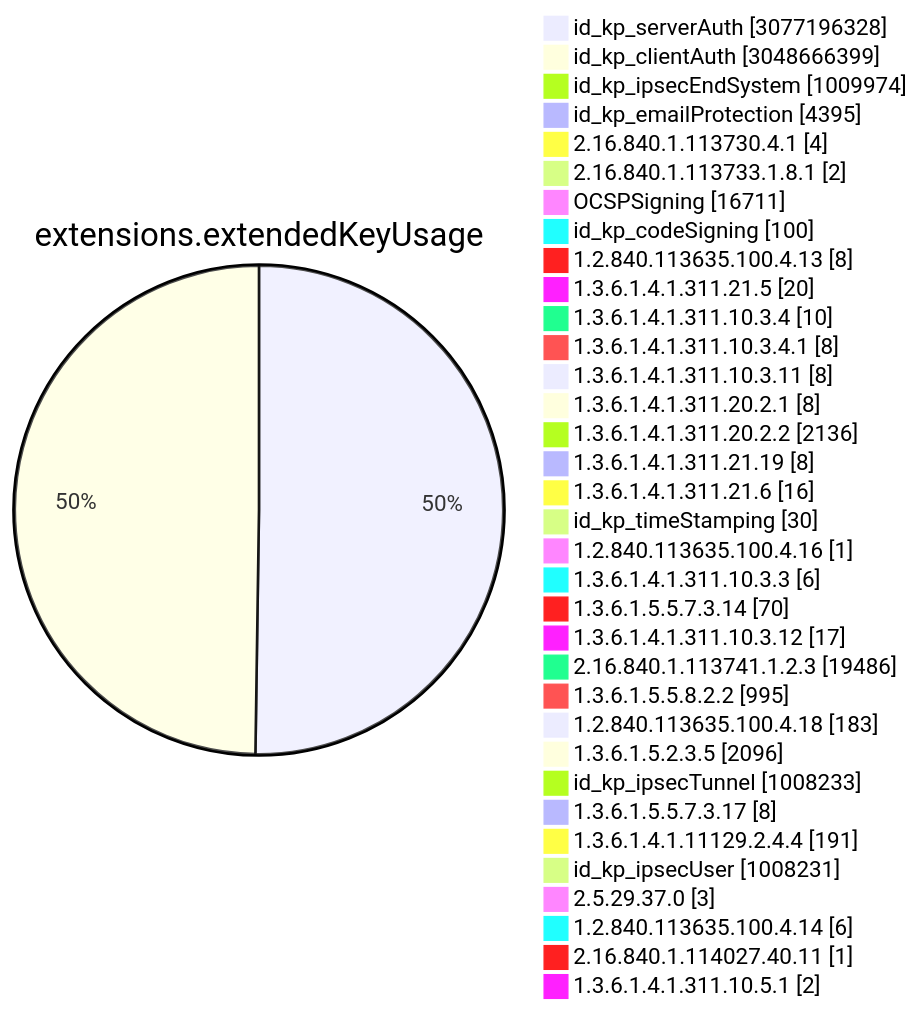
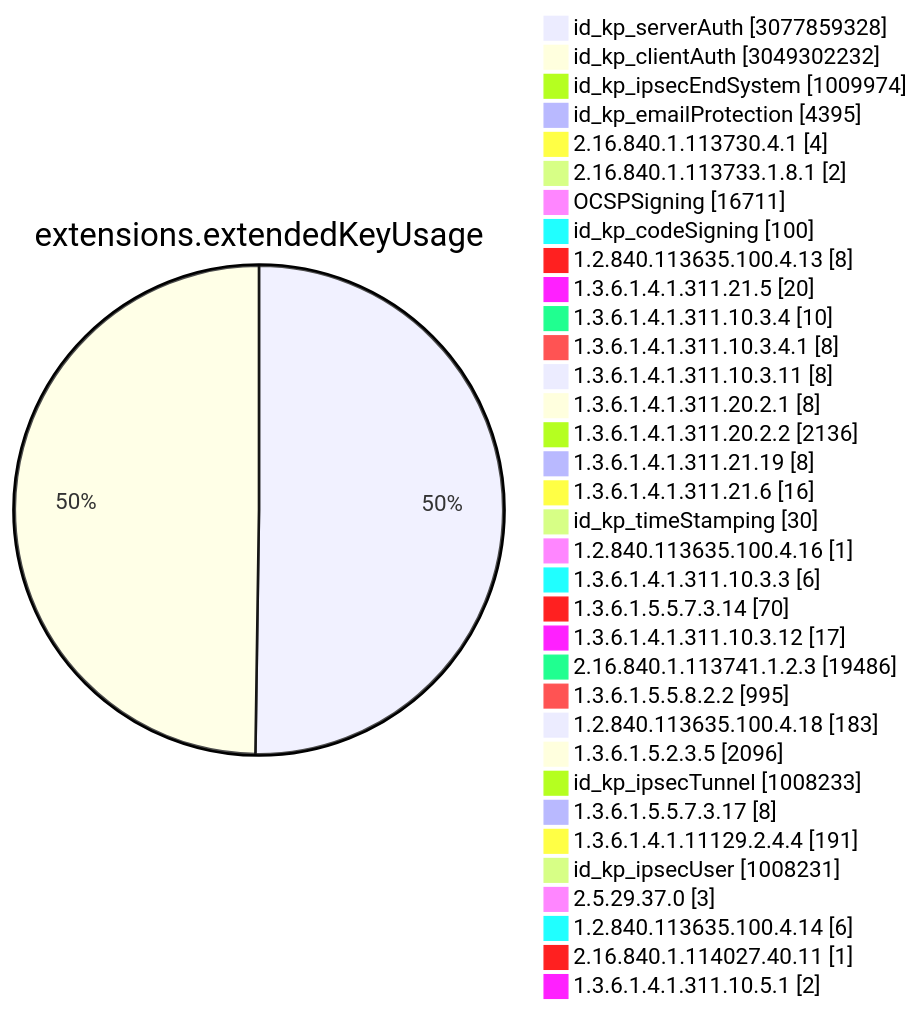
One commit to christiankrug/ctmonitor_visualization changed diagram 11 of 15 in TOTAL/README.md. Above: the diagram before and after it, drawn with Mermaid. The commit also changed other lines of this file, not shown here.

````diff
--- a/TOTAL/README.md
+++ b/TOTAL/README.md
@@ -4119,38 +4119,38 @@
 ```mermaid
 pie showData
 title extensions.extendedKeyUsage
-"id_kp_serverAuth" :3077196328
-"id_kp_clientAuth" :3048666399
+"id_kp_serverAuth" :3077859328
+"id_kp_clientAuth" :3049302232
 "id_kp_ipsecEndSystem" :1009974
 "id_kp_emailProtection" :4395
 "2.16.840.1.113730.4.1" :4
 "2.16.840.1.113733.1.8.1" :2
 "OCSPSigning" :16711
 "id_kp_codeSigning" :100
 "1.2.840.113635.100.4.13" :8
 "1.3.6.1.4.1.311.21.5" :20
 "1.3.6.1.4.1.311.10.3.4" :10
 "1.3.6.1.4.1.311.10.3.4.1" :8
 "1.3.6.1.4.1.311.10.3.11" :8
 "1.3.6.1.4.1.311.20.2.1" :8
 "1.3.6.1.4.1.311.20.2.2" :2136
 "1.3.6.1.4.1.311.21.19" :8
 "1.3.6.1.4.1.311.21.6" :16
 "id_kp_timeStamping" :30
 "1.2.840.113635.100.4.16" :1
 "1.3.6.1.4.1.311.10.3.3" :6
 "1.3.6.1.5.5.7.3.14" :70
 "1.3.6.1.4.1.311.10.3.12" :17
 "2.16.840.1.113741.1.2.3" :19486
 "1.3.6.1.5.5.8.2.2" :995
 "1.2.840.113635.100.4.18" :183
 "1.3.6.1.5.2.3.5" :2096
 "id_kp_ipsecTunnel" :1008233
 "1.3.6.1.5.5.7.3.17" :8
 "1.3.6.1.4.1.11129.2.4.4" :191
 "id_kp_ipsecUser" :1008231
 "2.5.29.37.0" :3
 "1.2.840.113635.100.4.14" :6
 "2.16.840.1.114027.40.11" :1
 "1.3.6.1.4.1.311.10.5.1" :2
 ```
````
